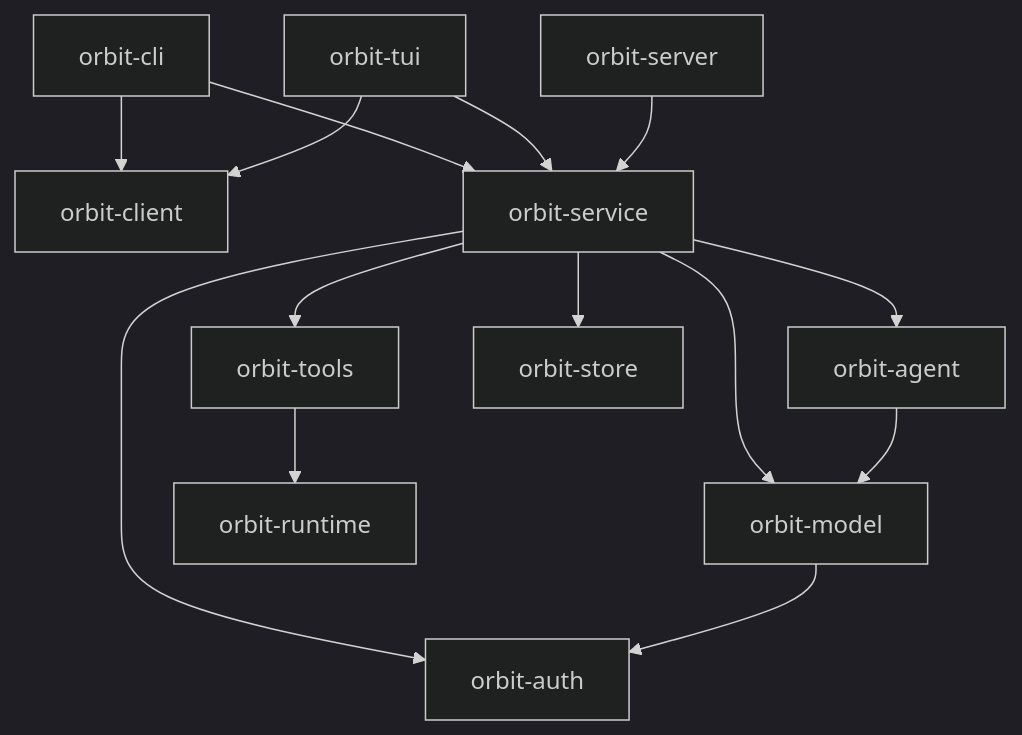
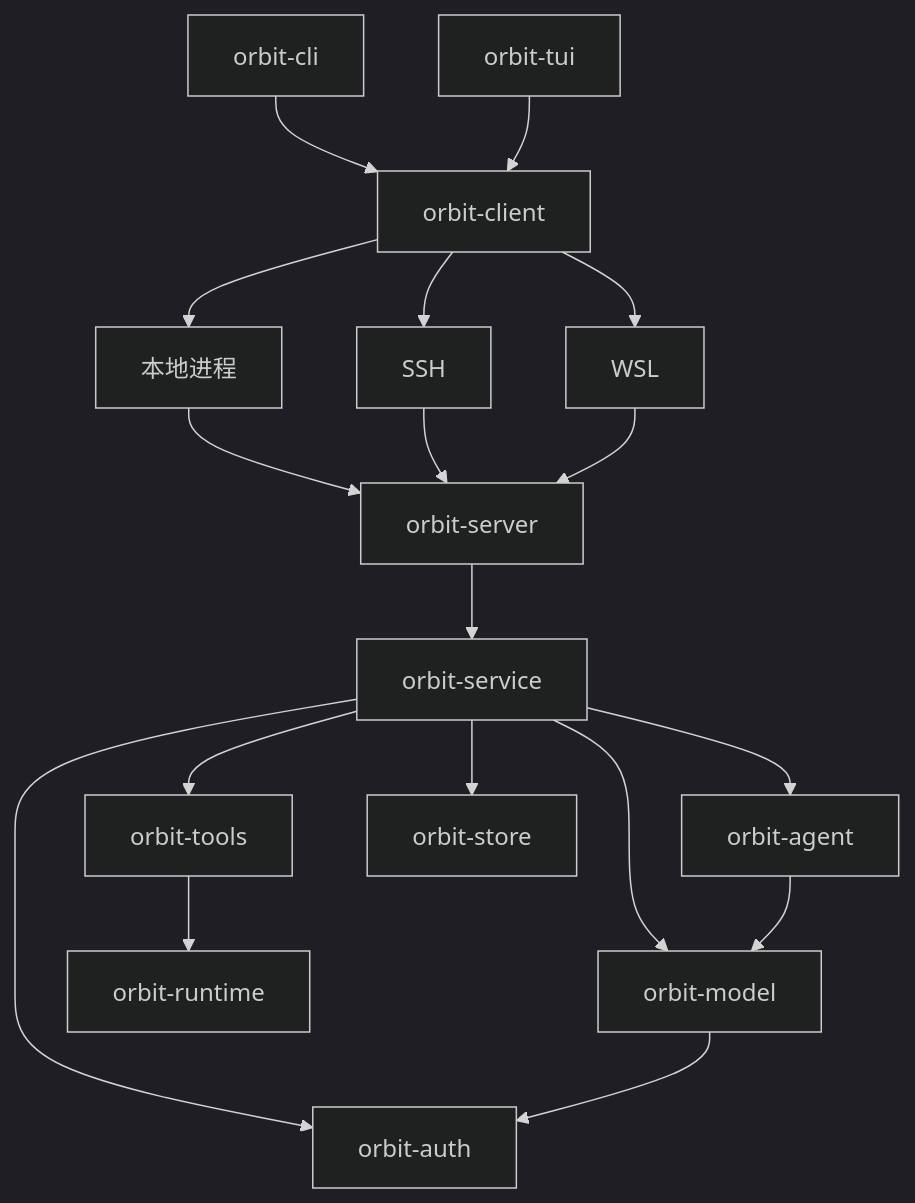
Before and after one commit to linyisu/orbit: the diagram in README.md, drawn with Mermaid (dark theme). The commit also changed other lines of this file and 2 other files, not shown here.

Commit message:
docs: describe unified workspace service ownership and native execution defaults

````diff
--- a/README.md
+++ b/README.md
@@ -63,16 +63,20 @@
 ```mermaid
 flowchart TD
     CLI[orbit-cli] --> CLIENT[orbit-client]
     TUI[orbit-tui] --> CLIENT
-    CLI --> APP[orbit-service]
-    TUI --> APP
-    SERVER[orbit-server] --> APP
+    CLIENT --> LOCAL[本地进程]
+    CLIENT --> SSH[SSH]
+    CLIENT --> WSL[WSL]
+    LOCAL --> SERVER[orbit-server]
+    SSH --> SERVER
+    WSL --> SERVER
+    SERVER --> APP[orbit-service]
     APP --> AGENT[orbit-agent]
     APP --> TOOLS[orbit-tools]
     APP --> STORE[orbit-store]
     APP --> MODEL[orbit-model]
     APP --> AUTH[orbit-auth]
     TOOLS --> RUNTIME[orbit-runtime]
     AGENT --> MODEL
     MODEL --> AUTH
 ```
````
